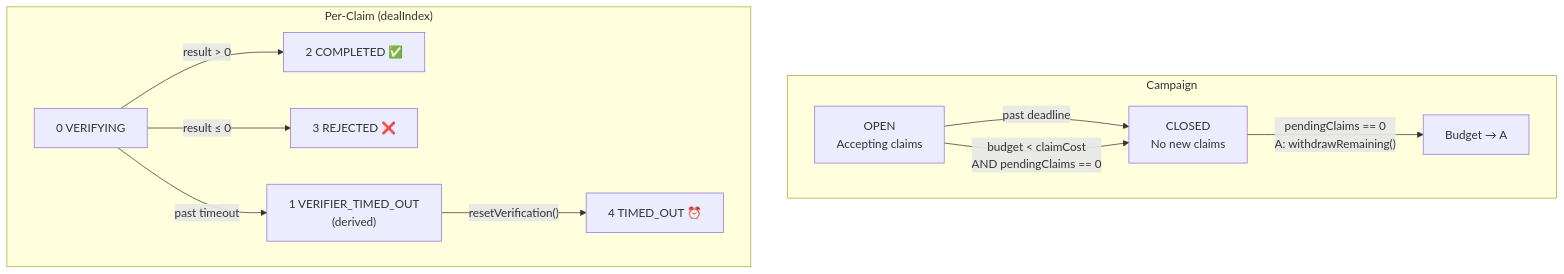
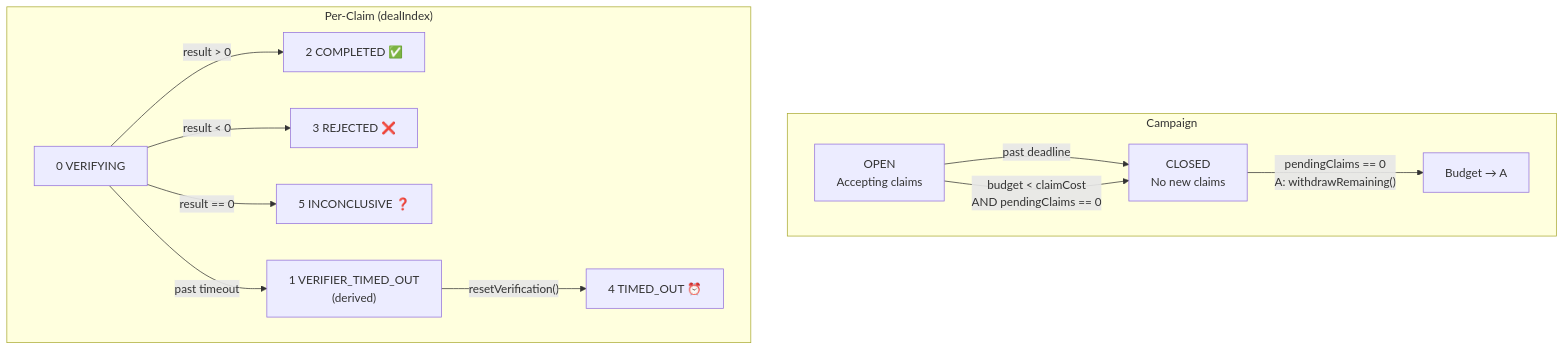
Before and after one commit to synctxai/synctx: the second of 2 diagrams in examples/x-follow/x-follow-design.md, drawn with Mermaid. The commit also changed other lines of this file and 5 other files, not shown here.

````diff
--- a/examples/x-follow/x-follow-design.md
+++ b/examples/x-follow/x-follow-design.md
@@ -313,24 +316,26 @@
 ```mermaid
 flowchart TD
     subgraph "Campaign"
         OPEN["OPEN<br/>Accepting claims"]
         CLOSED["CLOSED<br/>No new claims"]
 
         OPEN -->|"past deadline"| CLOSED
         OPEN -->|"budget < claimCost<br/>AND pendingClaims == 0"| CLOSED
         CLOSED -->|"pendingClaims == 0<br/>A: withdrawRemaining()"| DONE["Budget → A"]
     end
 
     subgraph "Per-Claim (dealIndex)"
         VERIFYING["0 VERIFYING"]
         VTO["1 VERIFIER_TIMED_OUT<br/>(derived)"]
         COMPLETED["2 COMPLETED ✅"]
         REJECTED["3 REJECTED ❌"]
         TO["4 TIMED_OUT ⏰"]
+        INCON["5 INCONCLUSIVE ❓"]
 
         VERIFYING -->|"result > 0"| COMPLETED
-        VERIFYING -->|"result ≤ 0"| REJECTED
+        VERIFYING -->|"result < 0"| REJECTED
+        VERIFYING -->|"result == 0"| INCON
         VERIFYING -->|"past timeout"| VTO
         VTO -->|"resetVerification()"| TO
     end
 ```
````
